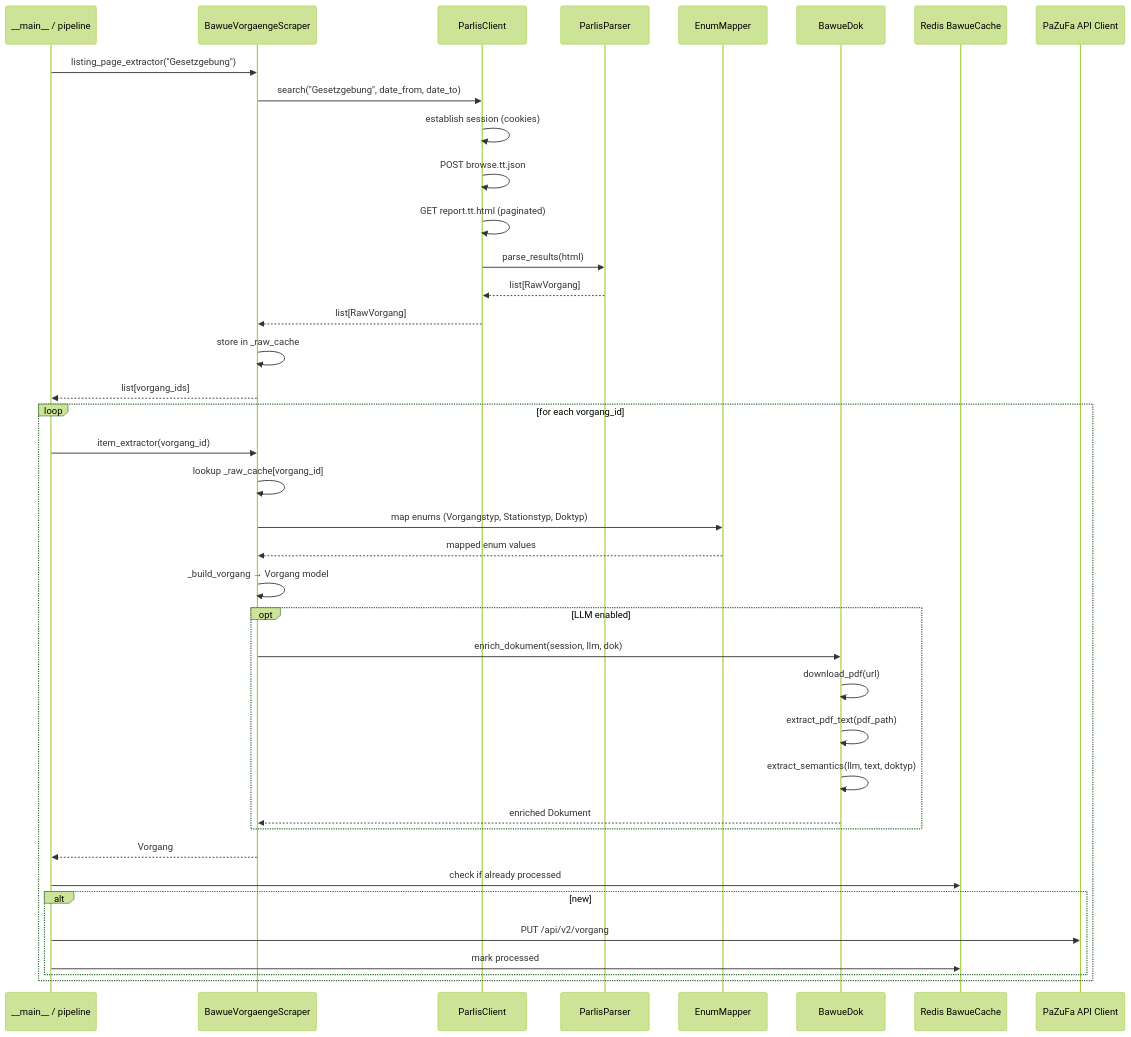
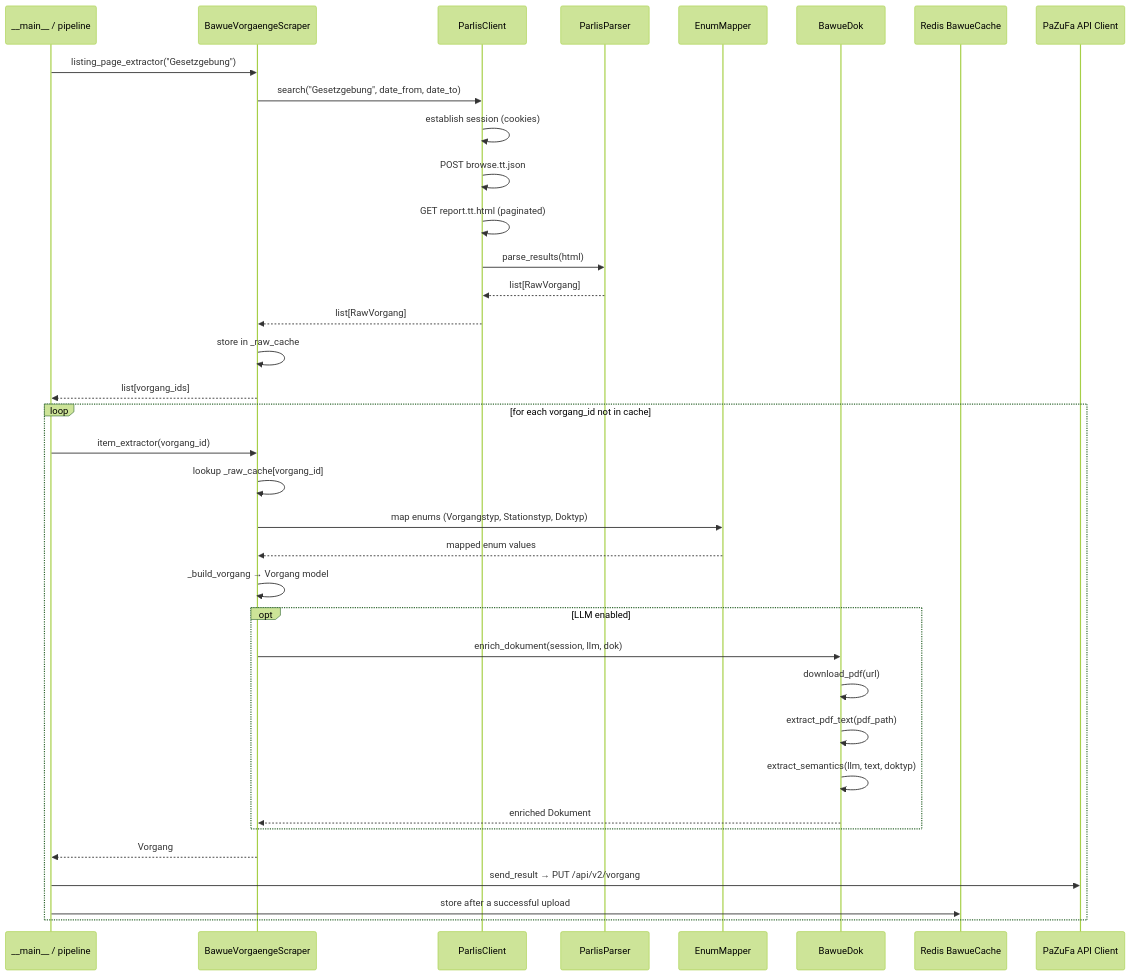
The fourth of 4 diagrams in docs/architecture.md (Parlamentszusammenfasser/pazufa-scraper-bw), drawn with Mermaid (forest theme) before and after one commit.

Commit message:
docs: cache check runs before item_extractor
Refs #130

````diff
--- a/docs/architecture.md
+++ b/docs/architecture.md
@@ -285,46 +285,43 @@
 ```mermaid
 sequenceDiagram
     participant FW as __main__ / pipeline
     participant BVS as BawueVorgaengeScraper
     participant PC as ParlisClient
     participant PP as ParlisParser
     participant EM as EnumMapper
     participant BDK as BawueDok
     participant Cache as Redis BawueCache
     participant API as PaZuFa API Client
 
     FW->>BVS: listing_page_extractor("Gesetzgebung")
     BVS->>PC: search("Gesetzgebung", date_from, date_to)
     PC->>PC: establish session (cookies)
     PC->>PC: POST browse.tt.json
     PC->>PC: GET report.tt.html (paginated)
     PC->>PP: parse_results(html)
     PP-->>PC: list[RawVorgang]
     PC-->>BVS: list[RawVorgang]
     BVS->>BVS: store in _raw_cache
     BVS-->>FW: list[vorgang_ids]
 
-    loop for each vorgang_id
+    loop for each vorgang_id not in cache
         FW->>BVS: item_extractor(vorgang_id)
         BVS->>BVS: lookup _raw_cache[vorgang_id]
         BVS->>EM: map enums (Vorgangstyp, Stationstyp, Doktyp)
         EM-->>BVS: mapped enum values
         BVS->>BVS: _build_vorgang → Vorgang model
 
         opt LLM enabled
             BVS->>BDK: enrich_dokument(session, llm, dok)
             BDK->>BDK: download_pdf(url)
             BDK->>BDK: extract_pdf_text(pdf_path)
             BDK->>BDK: extract_semantics(llm, text, doktyp)
             BDK-->>BVS: enriched Dokument
         end
 
         BVS-->>FW: Vorgang
 
-        FW->>Cache: check if already processed
-        alt new
-            FW->>API: PUT /api/v2/vorgang
-            FW->>Cache: mark processed
-        end
+        FW->>API: send_result → PUT /api/v2/vorgang
+        FW->>Cache: store after a successful upload
     end
 ```
````
